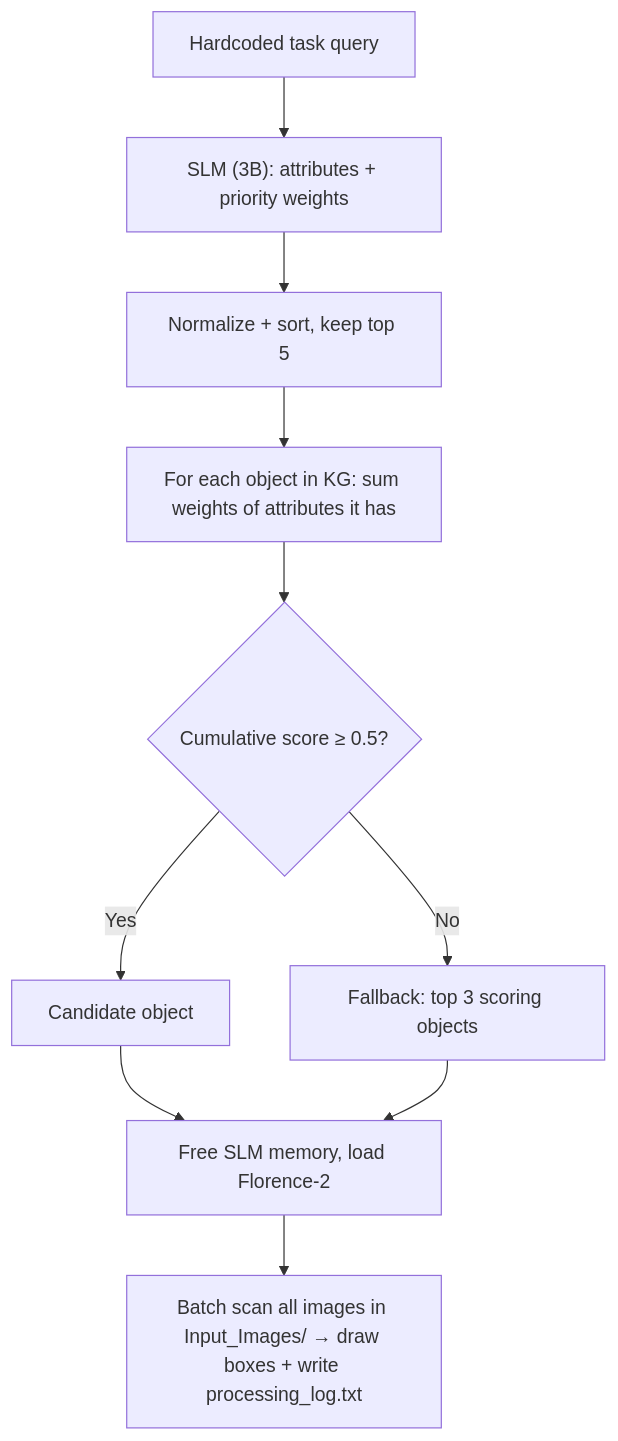
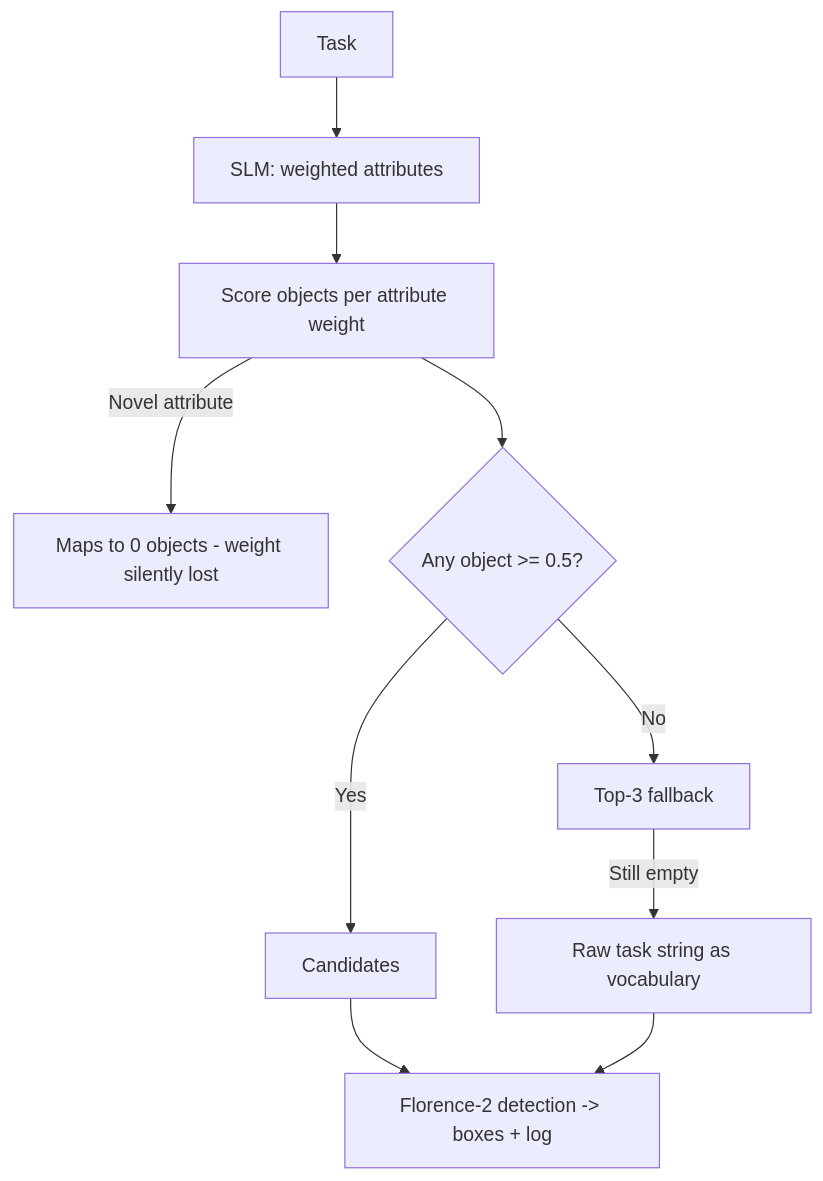
The second of 2 diagrams in Aditya/Graph_Approach/README.md (AdityaSirsalkar001/Task-Driven-Object-Detection), drawn with Mermaid before and after one commit. The commit also changed other lines of this file, not shown here.

Commit message:
Updated the Graph Approach

````diff
--- a/Aditya/Graph_Approach/README.md
+++ b/Aditya/Graph_Approach/README.md
@@ -104,12 +47,12 @@
 ```mermaid
 flowchart TD
-    A[Hardcoded task query] --> B["SLM (3B): attributes + priority weights"]
-    B --> C[Normalize + sort, keep top 5]
-    C --> D[For each object in KG: sum weights of attributes it has]
-    D --> E{Cumulative score ≥ 0.5?}
-    E -- Yes --> F[Candidate object]
-    E -- No --> G[Fallback: top 3 scoring objects]
-    F --> H[Free SLM memory, load Florence-2]
+    A[Task] --> B[SLM: weighted attributes]
+    B --> C[Score objects per attribute weight]
+    C -->|Novel attribute| Z[Maps to 0 objects - weight silently lost]
+    C --> D{Any object >= 0.5?}
+    D -->|Yes| E[Candidates]
+    D -->|No| F[Top-3 fallback]
+    F -->|Still empty| G[Raw task string as vocabulary]
+    E --> H[Florence-2 detection -> boxes + log]
     G --> H
-    H --> I["Batch scan all images in Input_Images/ → draw boxes + write processing_log.txt"]
 ```
````
